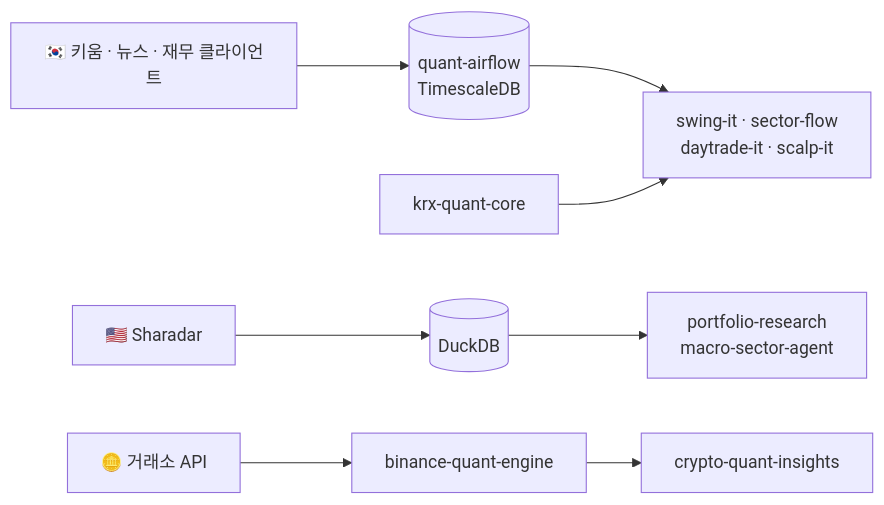
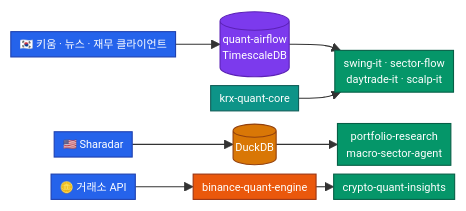
One commit to younghwan91/younghwan91 changed the diagram in README.ko.md. Above: the diagram before and after it, drawn with Mermaid. The commit also changed 1 other file, not shown here.

Commit message:
docs(profile): 흐름도를 작게 (#6)
* docs(profile): 흐름도를 작게 — 폭 맞춤을 끄고 글꼴·간격을 줄인다

* docs(profile): 흐름도에 역할별 색을 입힌다

---------

````diff
--- a/README.ko.md
+++ b/README.ko.md
@@ -15,7 +15,21 @@
 ```mermaid
+%%{init: {"flowchart": {"useMaxWidth": false, "nodeSpacing": 8, "rankSpacing": 16, "padding": 4}, "themeVariables": {"fontSize": "10px"}}}%%
 flowchart LR
     K1["🇰🇷 키움 · 뉴스 · 재무 클라이언트"] --> K2[("quant-airflow<br/>TimescaleDB")] --> K3["swing-it · sector-flow<br/>daytrade-it · scalp-it"]
     KC["krx-quant-core"] --> K3
     U1["🇺🇸 Sharadar"] --> U2[("DuckDB")] --> U3["portfolio-research<br/>macro-sector-agent"]
     C1["🪙 거래소 API"] --> C2["binance-quant-engine"] --> C3["crypto-quant-insights"]
+
+    classDef src  fill:#2563EB,stroke:#1E40AF,color:#FFFFFF
+    classDef pipe fill:#7C3AED,stroke:#5B21B6,color:#FFFFFF
+    classDef db   fill:#D97706,stroke:#92400E,color:#FFFFFF
+    classDef core fill:#0D9488,stroke:#115E59,color:#FFFFFF
+    classDef res  fill:#059669,stroke:#065F46,color:#FFFFFF
+    classDef eng  fill:#EA580C,stroke:#9A3412,color:#FFFFFF
+    class K1,U1,C1 src
+    class K2 pipe
+    class U2 db
+    class KC core
+    class K3,U3,C3 res
+    class C2 eng
 ```
````
